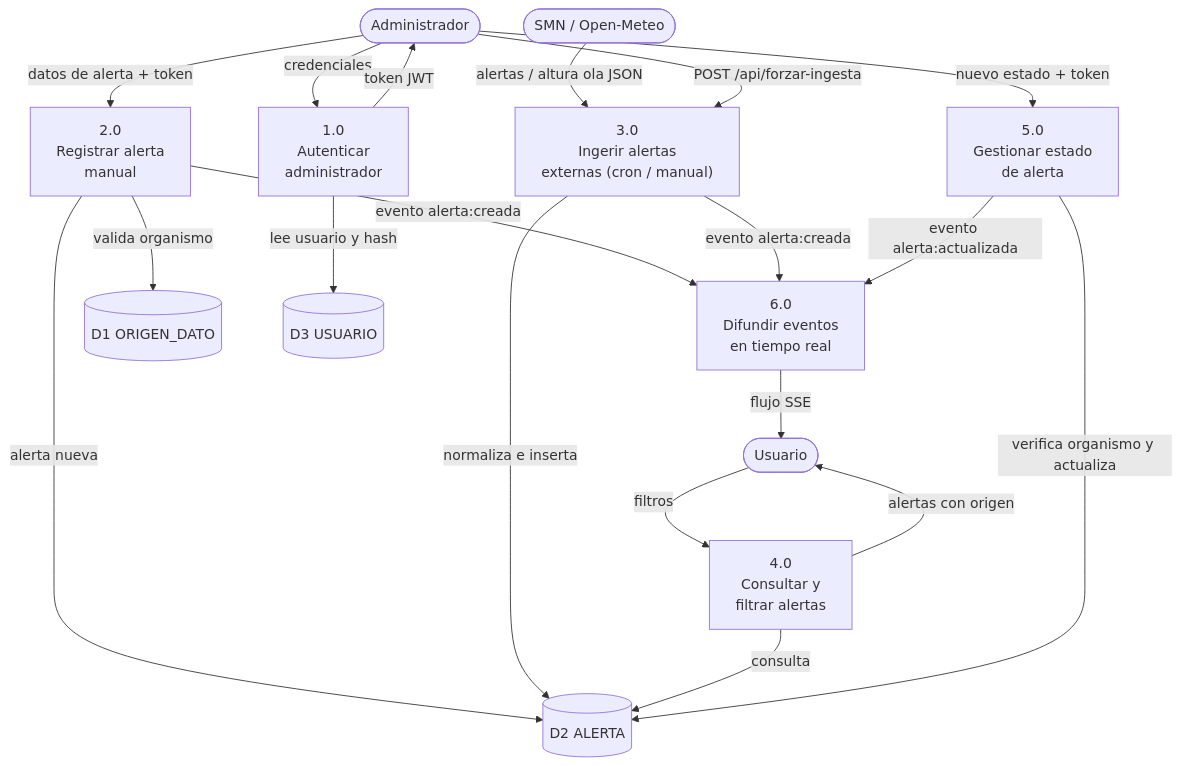
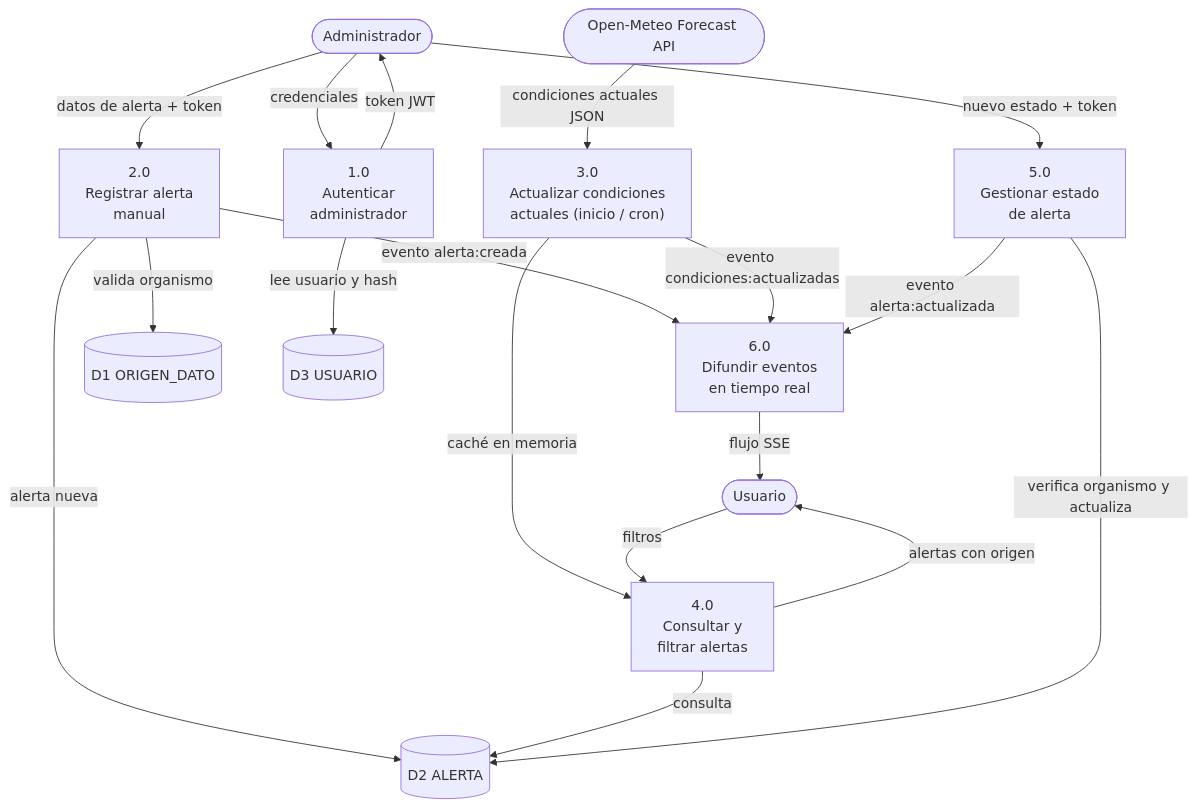
Before and after one commit to nachoo08/geoAlerts: the second of 5 diagrams in docs/01-analisis-factibilidad.md, drawn with Mermaid. The commit also changed other lines of this file and 17 other files, not shown here.

````diff
--- a/docs/01-analisis-factibilidad.md
+++ b/docs/01-analisis-factibilidad.md
@@ -128,41 +131,40 @@
 ```mermaid
 flowchart TB
     U([Usuario])
     A([Administrador])
-    EXT([SMN / Open-Meteo])
+    EXT([Open-Meteo Forecast API])
 
     P1["1.0<br/>Autenticar<br/>administrador"]
     P2["2.0<br/>Registrar alerta<br/>manual"]
-    P3["3.0<br/>Ingerir alertas<br/>externas (cron / manual)"]
+    P3["3.0<br/>Actualizar condiciones<br/>actuales (inicio / cron)"]
     P4["4.0<br/>Consultar y<br/>filtrar alertas"]
     P5["5.0<br/>Gestionar estado<br/>de alerta"]
     P6["6.0<br/>Difundir eventos<br/>en tiempo real"]
 
     D1[("D1 ORIGEN_DATO")]
     D2[("D2 ALERTA")]
     D3[("D3 USUARIO")]
 
     A -- credenciales --> P1
     P1 -- "lee usuario y hash" --> D3
     P1 -- "token JWT" --> A
 
     A -- "datos de alerta + token" --> P2
     P2 -- "valida organismo" --> D1
     P2 -- "alerta nueva" --> D2
     P2 -- "evento alerta:creada" --> P6
 
-    EXT -- "alertas / altura ola JSON" --> P3
-    A -- "POST /api/forzar-ingesta" --> P3
-    P3 -- "normaliza e inserta" --> D2
-    P3 -- "evento alerta:creada" --> P6
+    EXT -- "condiciones actuales JSON" --> P3
+    P3 -- "caché en memoria" --> P4
+    P3 -- "evento condiciones:actualizadas" --> P6
 
     U -- filtros --> P4
     P4 -- "consulta" --> D2
     P4 -- "alertas con origen" --> U
 
     A -- "nuevo estado + token" --> P5
     P5 -- "verifica organismo y actualiza" --> D2
     P5 -- "evento alerta:actualizada" --> P6
 
     P6 -- "flujo SSE" --> U
 ```
````
